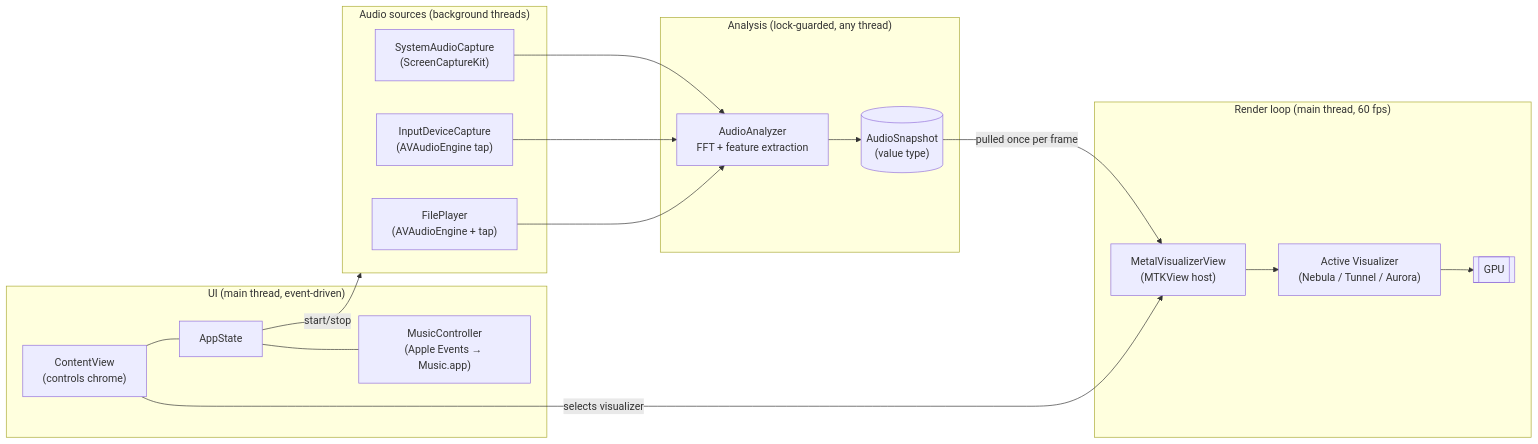
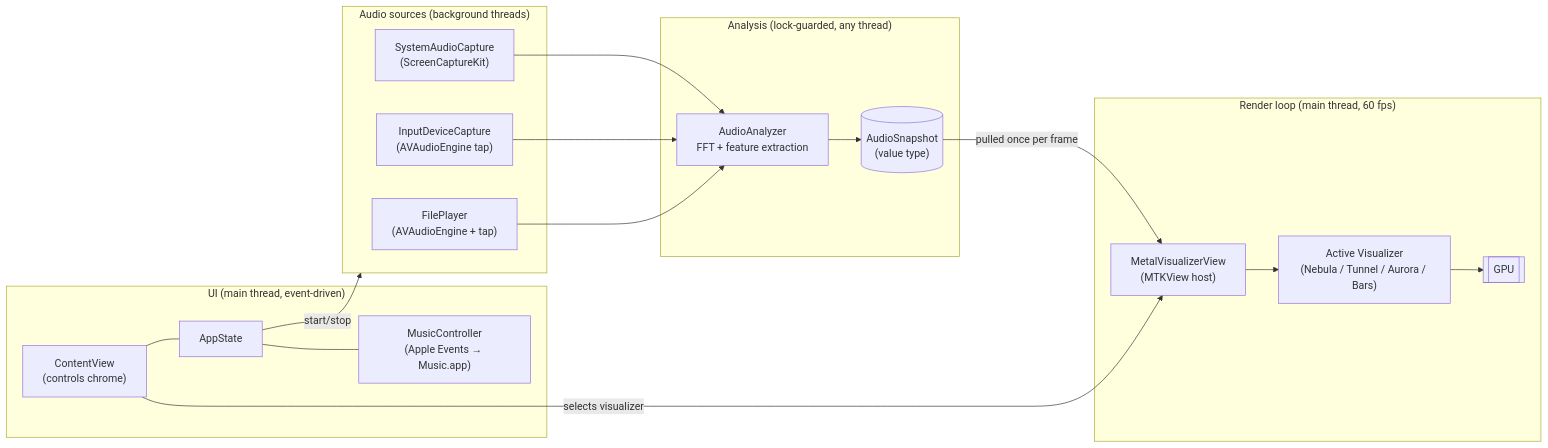
The first of 3 diagrams in docs/architecture.md (jonjaques/synesthia), drawn with Mermaid before and after one commit. The commit also changed 18 other files, not shown here.

````diff
--- a/docs/architecture.md
+++ b/docs/architecture.md
@@ -15,36 +15,36 @@
 ```mermaid
 flowchart LR
     subgraph sources["Audio sources (background threads)"]
         SCK["SystemAudioCapture<br>(ScreenCaptureKit)"]
         MIC["InputDeviceCapture<br>(AVAudioEngine tap)"]
         FILE["FilePlayer<br>(AVAudioEngine + tap)"]
     end
 
     subgraph analysis["Analysis (lock-guarded, any thread)"]
         AN["AudioAnalyzer<br>FFT + feature extraction"]
         SNAP[("AudioSnapshot<br>(value type)")]
     end
 
     subgraph render["Render loop (main thread, 60 fps)"]
         MVV["MetalVisualizerView<br>(MTKView host)"]
-        VIZ["Active Visualizer<br>(Nebula / Tunnel / Aurora)"]
+        VIZ["Active Visualizer<br>(Nebula / Tunnel / Aurora / Bars)"]
         GPU[["GPU"]]
     end
 
     subgraph ui["UI (main thread, event-driven)"]
         AS["AppState"]
         CV["ContentView<br>(controls chrome)"]
         MC["MusicController<br>(Apple Events → Music.app)"]
     end
 
     SCK --> AN
     MIC --> AN
     FILE --> AN
     AN --> SNAP
     SNAP -- "pulled once per frame" --> MVV
     MVV --> VIZ --> GPU
     AS -- "start/stop" --> sources
     AS --- MC
     CV --- AS
     CV -- selects visualizer --> MVV
 ```
````
